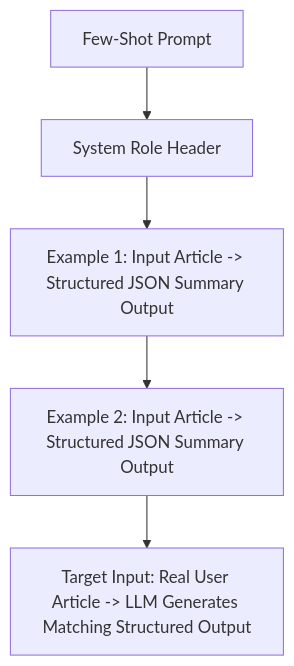
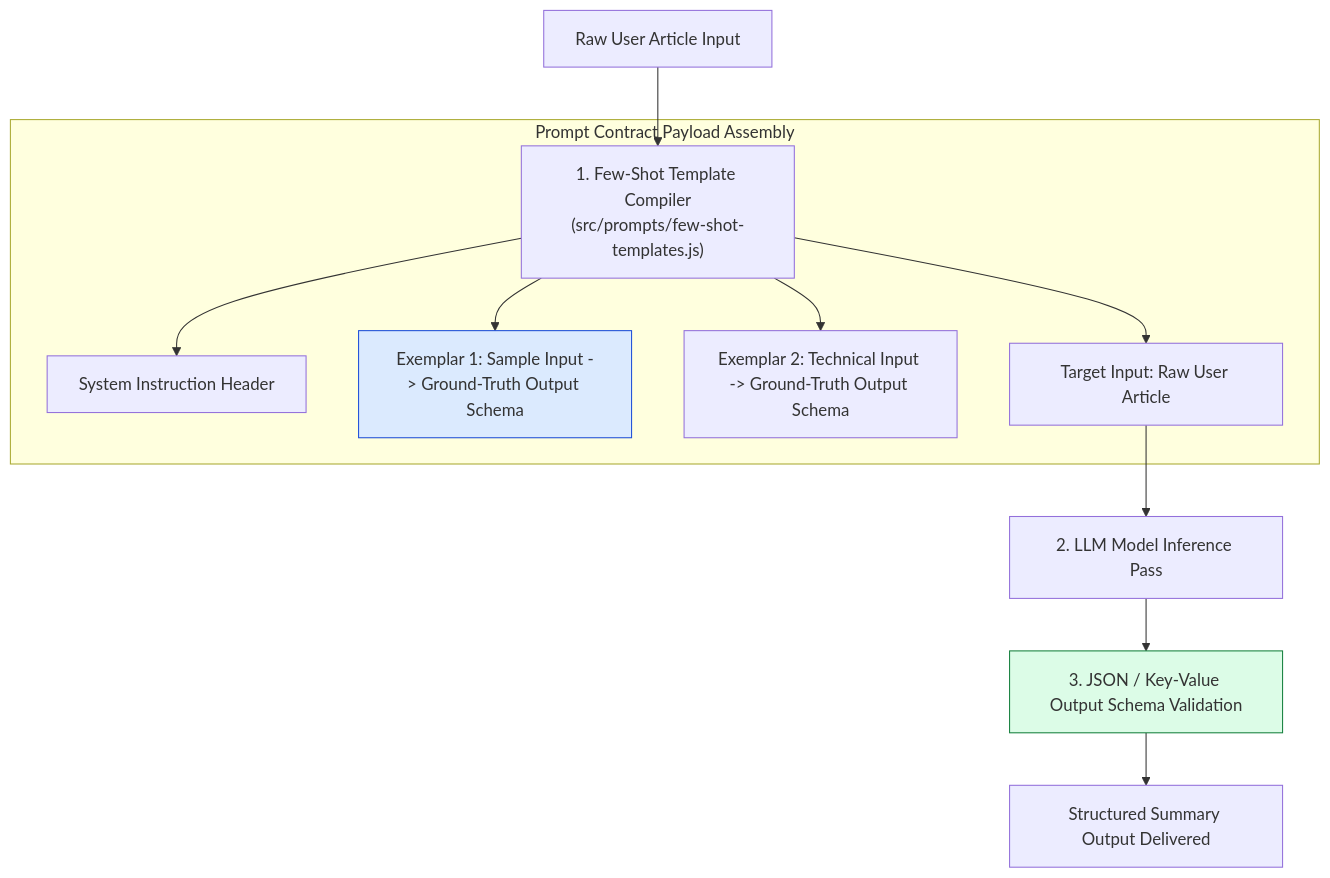
Before and after one commit to Amie-dev/engineering-playbook: the first of 3 diagrams in agentic-ai-notes/01-chai-summarizer/02-few-shot-templates.md, drawn with Mermaid. The commit also changed other lines of this file and 9 other files, not shown here.

First line of the commit message:
Refactor and enhance documentation for multi-chain orchestration, token counting, cost tracking, and API server architecture

````diff
--- a/agentic-ai-notes/01-chai-summarizer/02-few-shot-templates.md
+++ b/agentic-ai-notes/01-chai-summarizer/02-few-shot-templates.md
@@ -10,7 +13,20 @@
 ```mermaid
 flowchart TD
-    Prompt[Few-Shot Prompt] --> System[System Role Header]
-    System --> Ex1["Example 1: Input Article -> Structured JSON Summary Output"]
-    Ex1 --> Ex2["Example 2: Input Article -> Structured JSON Summary Output"]
-    Ex2 --> CurrentInput["Target Input: Real User Article -> LLM Generates Matching Structured Output"]
+    RawInput[Raw User Article Input] --> TemplateCompiler["1. Few-Shot Template Compiler<br/>(src/prompts/few-shot-templates.js)"]
+
+    subgraph Prompt Contract Payload Assembly
+        TemplateCompiler --> SystemRole["System Instruction Header"]
+        TemplateCompiler --> Exemplar1["Exemplar 1: Sample Input -> Ground-Truth Output Schema"]
+        TemplateCompiler --> Exemplar2["Exemplar 2: Technical Input -> Ground-Truth Output Schema"]
+        TemplateCompiler --> TargetInput["Target Input: Raw User Article"]
+    end
+
+    TargetInput --> LLMInference["2. LLM Model Inference Pass"]
+
+    LLMInference --> SchemaValidator["3. JSON / Key-Value Output Schema Validation"]
+
+    SchemaValidator --> CleanResponse[Structured Summary Output Delivered]
+
+    style Exemplar1 fill:#dbeafe,stroke:#1d4ed8
+    style SchemaValidator fill:#dcfce7,stroke:#15803d
 ```
````
